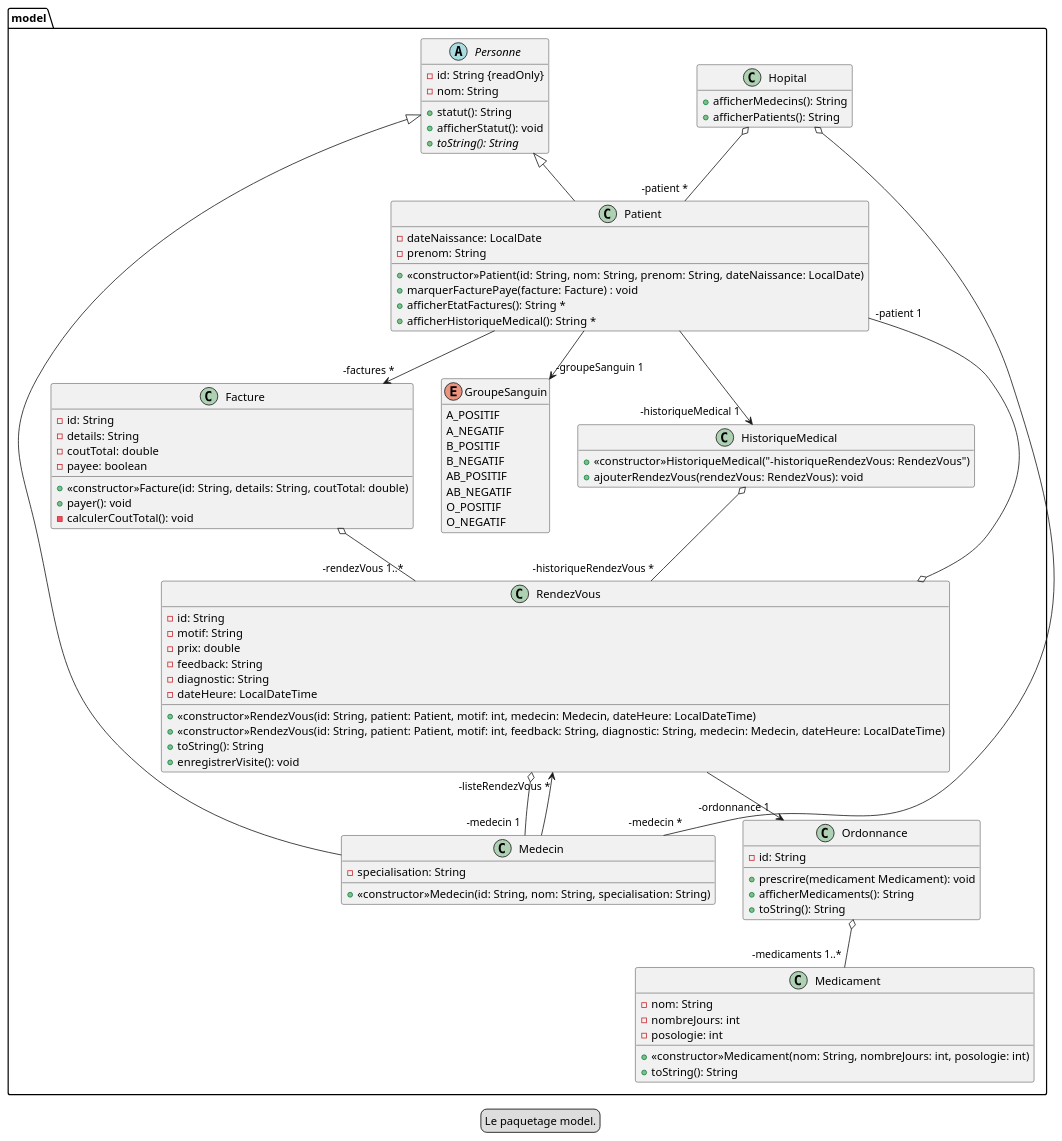
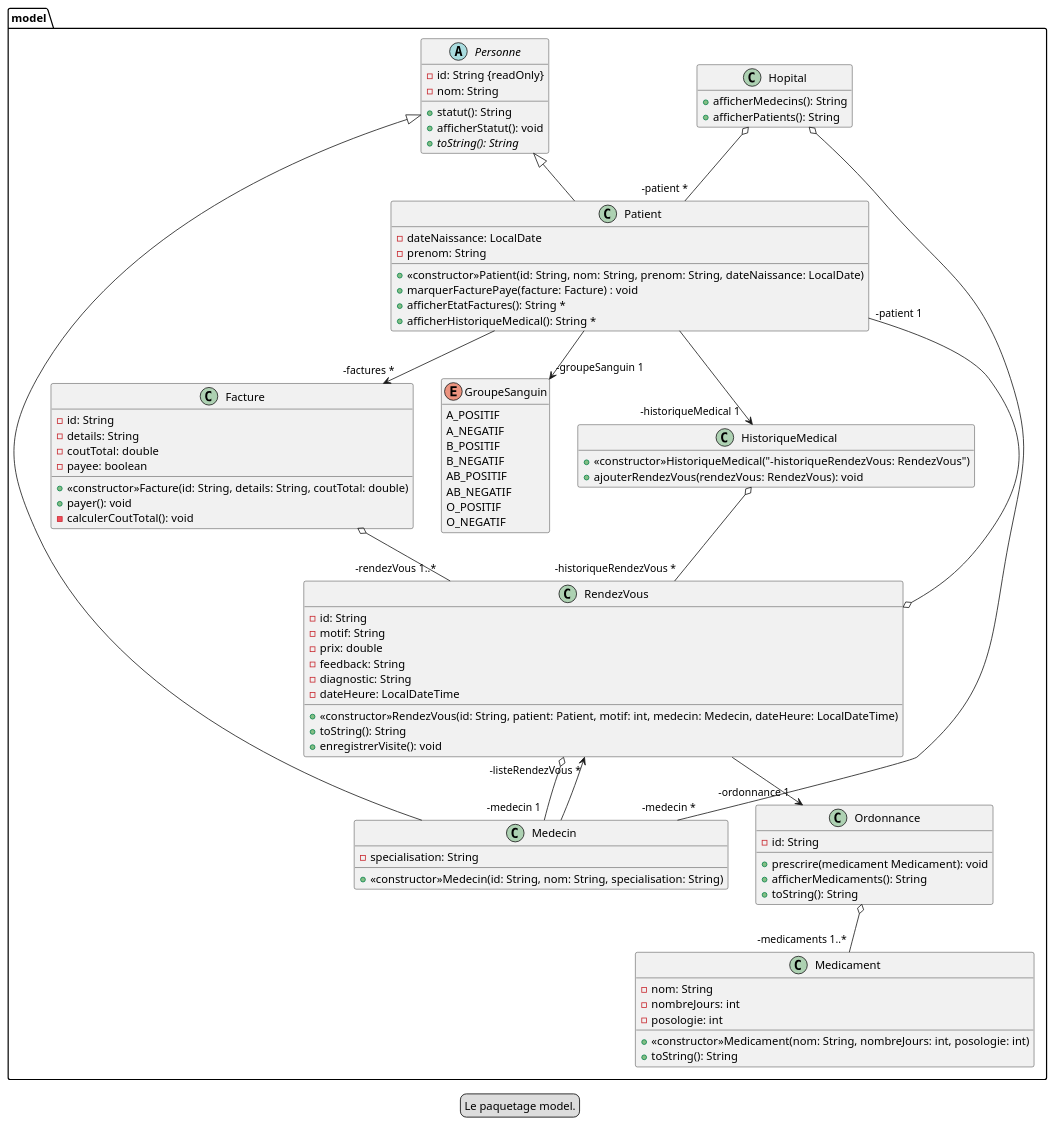
The diagram in plantuml/diagrammeModele.puml (carlkolodziejski/hopital), drawn with PlantUML before and after one commit.

Commit message:
Suppression d'un constructeur pour la classe RendezVous

```diff
--- a/plantuml/diagrammeModele.puml
+++ b/plantuml/diagrammeModele.puml
@@ -1,118 +1,117 @@
 @startuml
 
 legend Le paquetage model.
 
 hide empty members
 
 package model {
 
     abstract class Personne {
         -id: String {readOnly}
         -nom: String
 
         +statut(): String
         +afficherStatut(): void
         +{abstract}toString(): String
     }
 
     class Patient extends Personne {
         -dateNaissance: LocalDate
         -prenom: String
 
         +<<constructor>>Patient(id: String, nom: String, prenom: String, dateNaissance: LocalDate)
         +marquerFacturePaye(facture: Facture) : void
         +afficherEtatFactures(): String *
         +afficherHistoriqueMedical(): String *
     }
 
 
     class Medecin extends Personne {
         -specialisation: String
 
         +<<constructor>>Medecin(id: String, nom: String, specialisation: String)
     }
 
     class RendezVous {
         -id: String
         -motif: String
         -prix: double
         -feedback: String
         -diagnostic: String
         -dateHeure: LocalDateTime
 
         +<<constructor>>RendezVous(id: String, patient: Patient, motif: int, medecin: Medecin, dateHeure: LocalDateTime)
-        +<<constructor>>RendezVous(id: String, patient: Patient, motif: int, feedback: String, diagnostic: String, medecin: Medecin, dateHeure: LocalDateTime)
         +toString(): String
         +enregistrerVisite(): void
     }
 
     class Ordonnance {
         -id: String
 
         +prescrire(medicament Medicament): void
         +afficherMedicaments(): String
         +toString(): String
     }
 
     class Medicament {
         -nom: String
         -nombreJours: int
         -posologie: int
 
         +<<constructor>>Medicament(nom: String, nombreJours: int, posologie: int)
         +toString(): String
     }
 
     class Facture {
         -id: String
         -details: String
         -coutTotal: double
         -payee: boolean
 
         +<<constructor>>Facture(id: String, details: String, coutTotal: double)
         +payer(): void
         -calculerCoutTotal(): void
     }
 
     class Hopital {
         +afficherMedecins(): String
         +afficherPatients(): String
     }
 
     class HistoriqueMedical {
         +<<constructor>>HistoriqueMedical("-historiqueRendezVous: RendezVous")
         +ajouterRendezVous(rendezVous: RendezVous): void
     }
 
     enum GroupeSanguin {
         A_POSITIF
         A_NEGATIF
         B_POSITIF
         B_NEGATIF
         AB_POSITIF
         AB_NEGATIF
         O_POSITIF
         O_NEGATIF
     }
 
     Patient --> "-factures *" Facture
     Patient --> "-groupeSanguin 1" GroupeSanguin
     Patient --> "-historiqueMedical 1" HistoriqueMedical
 
     Medecin --> "-listeRendezVous *" RendezVous
 
     RendezVous o-- "-medecin 1" Medecin
     RendezVous o-- "-patient 1" Patient
     RendezVous --> "-ordonnance 1" Ordonnance
 
     Ordonnance o-- "-medicaments 1..*" Medicament
 
     Hopital o-- "-medecin *" Medecin
     Hopital o-- "-patient *" Patient
 
     HistoriqueMedical o-- "-historiqueRendezVous *" RendezVous
 
     Facture o-- "-rendezVous 1..*" RendezVous
 }
 
 @enduml
```
